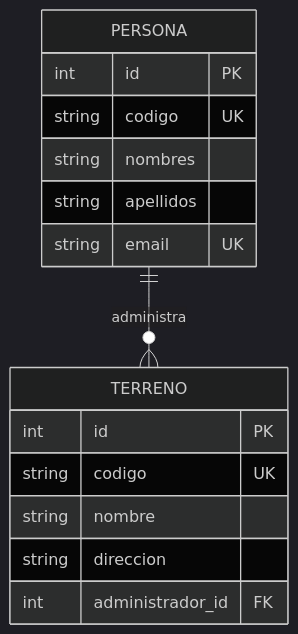
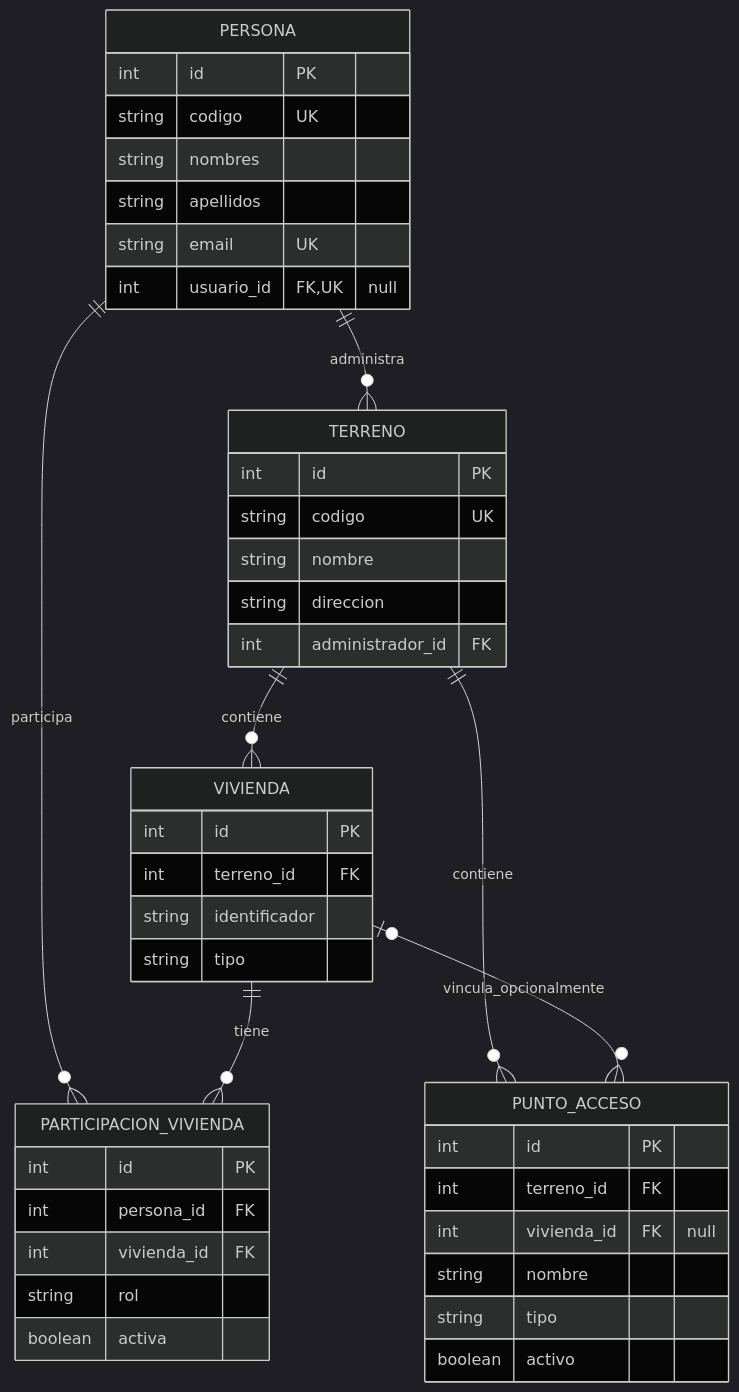
One commit to amaruprog14/smartconnect changed the first of 2 diagrams in README.md. Above: the diagram before and after it, drawn with Mermaid (dark theme). The commit also changed other lines of this file, not shown here.

````diff
--- a/README.md
+++ b/README.md
@@ -113,18 +207,46 @@
 ```mermaid
 erDiagram
     PERSONA ||--o{ TERRENO : administra
+    TERRENO ||--o{ VIVIENDA : contiene
+    PERSONA ||--o{ PARTICIPACION_VIVIENDA : participa
+    VIVIENDA ||--o{ PARTICIPACION_VIVIENDA : tiene
+    TERRENO ||--o{ PUNTO_ACCESO : contiene
+    VIVIENDA |o--o{ PUNTO_ACCESO : vincula_opcionalmente
+
     PERSONA {
         int id PK
         string codigo UK
         string nombres
         string apellidos
         string email UK
+        int usuario_id FK, UK "null"
     }
     TERRENO {
         int id PK
         string codigo UK
         string nombre
         string direccion
         int administrador_id FK
     }
+    VIVIENDA {
+        int id PK
+        int terreno_id FK
+        string identificador
+        string tipo
+    }
+    PARTICIPACION_VIVIENDA {
+        int id PK
+        int persona_id FK
+        int vivienda_id FK
+        string rol
+        boolean activa
+    }
+    PUNTO_ACCESO {
+        int id PK
+        int terreno_id FK
+        int vivienda_id FK "null"
+        string nombre
+        string tipo
+        boolean activo
+    }
 ```
````
